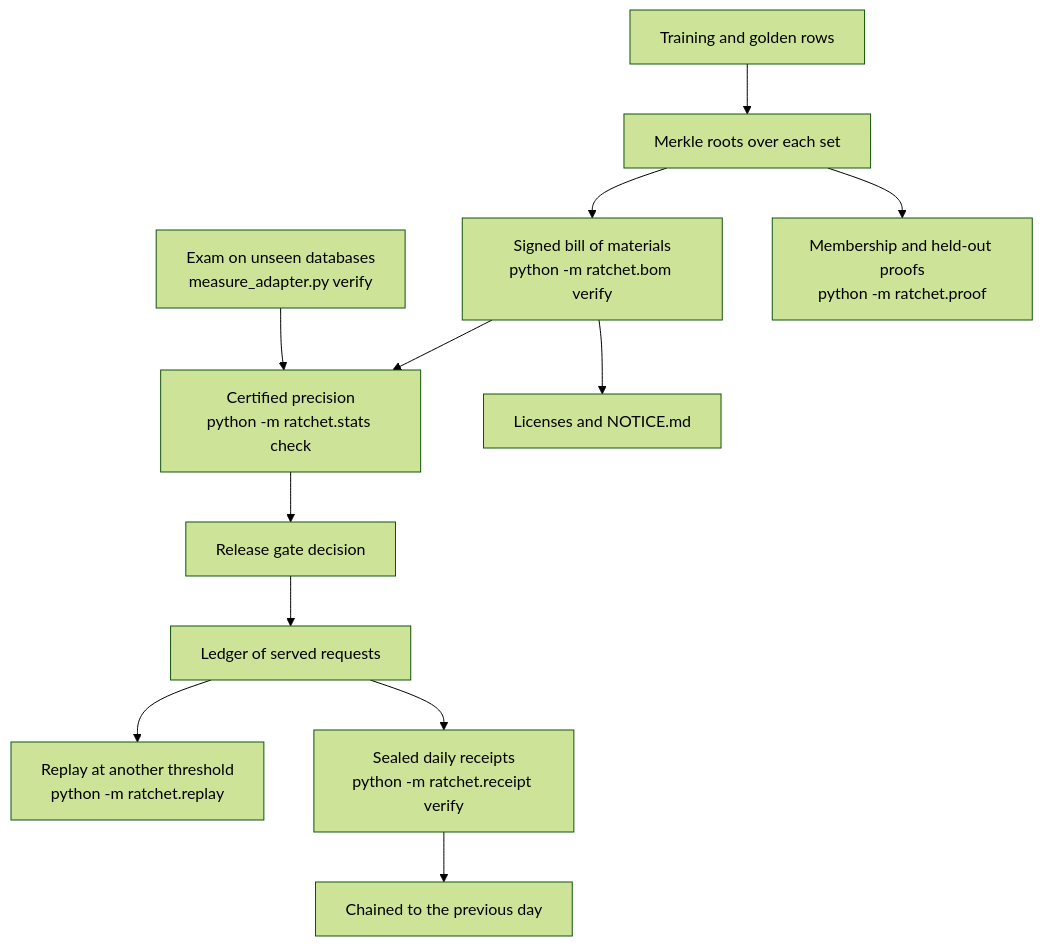
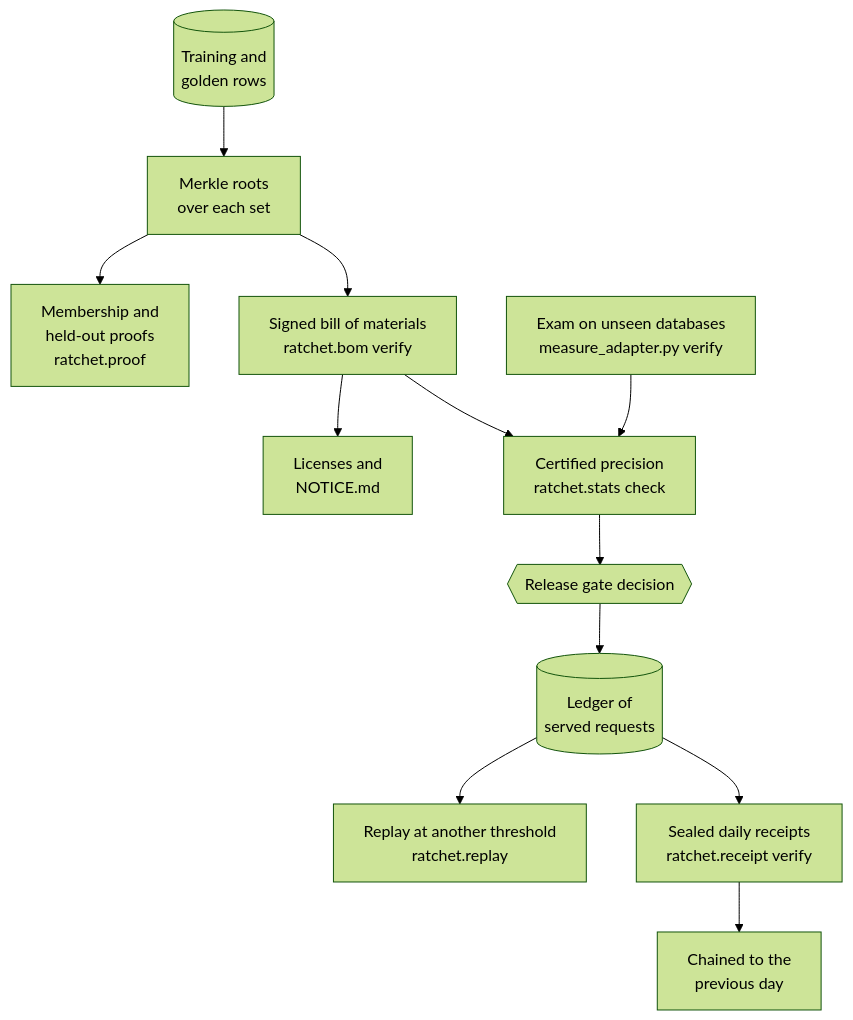
One commit to harshbhx/ratchet changed the first of 2 diagrams in docs-site/src/content/docs/guides/proof.mdx. Above: the diagram before and after it, drawn with Mermaid (forest theme). The commit also changed other lines of this file and 25 other files, not shown here.

````diff
--- a/docs-site/src/content/docs/guides/proof.mdx
+++ b/docs-site/src/content/docs/guides/proof.mdx
@@ -40,14 +51,18 @@
 ```mermaid
-flowchart TD
-  EXAM["Exam on unseen databases<br/>measure_adapter.py verify"] --> CERT
-  DATA["Training and golden rows"] --> ROOTS["Merkle roots over each set"]
-  ROOTS --> BOM["Signed bill of materials<br/>python -m ratchet.bom verify"]
-  ROOTS --> PROOF["Membership and held-out proofs<br/>python -m ratchet.proof"]
-  BOM --> CERT["Certified precision<br/>python -m ratchet.stats check"]
-  BOM --> LIC["Licenses and NOTICE.md"]
-  CERT --> GATE["Release gate decision"]
-  GATE --> LEDGER["Ledger of served requests"]
-  LEDGER --> REPLAY["Replay at another threshold<br/>python -m ratchet.replay"]
-  LEDGER --> REC["Sealed daily receipts<br/>python -m ratchet.receipt verify"]
-  REC --> CHAIN["Chained to the previous day"]
+flowchart TB
+  DATA[("Training and<br/>golden rows")] --> ROOTS["Merkle roots<br/>over each set"]
+  ROOTS --> PROOF["Membership and<br/>held-out proofs<br/>ratchet.proof"]
+  ROOTS --> BOM["Signed bill of materials<br/>ratchet.bom verify"]
+  EXAM["Exam on unseen databases<br/>measure_adapter.py verify"]
+  BOM --> LIC["Licenses and<br/>NOTICE.md"]
+  BOM --> CERT["Certified precision<br/>ratchet.stats check"]
+  EXAM --> CERT
+  CERT --> GATE{{"Release gate decision"}}
+  GATE --> LEDGER[("Ledger of<br/>served requests")]
+  LEDGER --> REPLAY["Replay at another threshold<br/>ratchet.replay"]
+  LEDGER --> REC["Sealed daily receipts<br/>ratchet.receipt verify"]
+  REC --> CHAIN["Chained to the<br/>previous day"]
+  class DATA,LEDGER store
+  class GATE gate
+  class EXAM student
 ```
````
